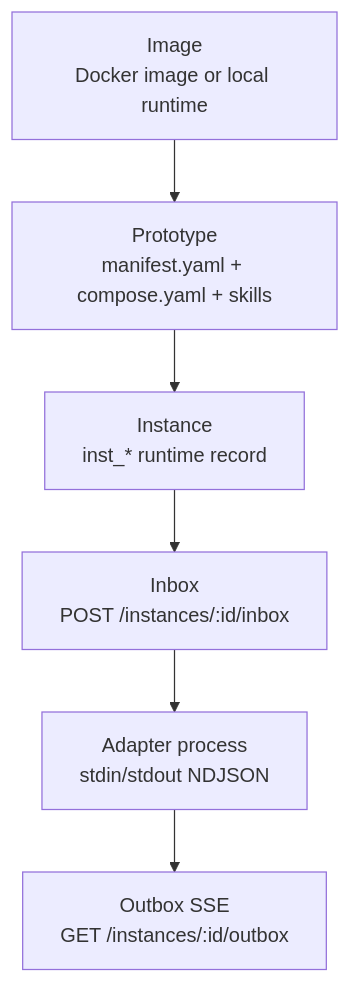
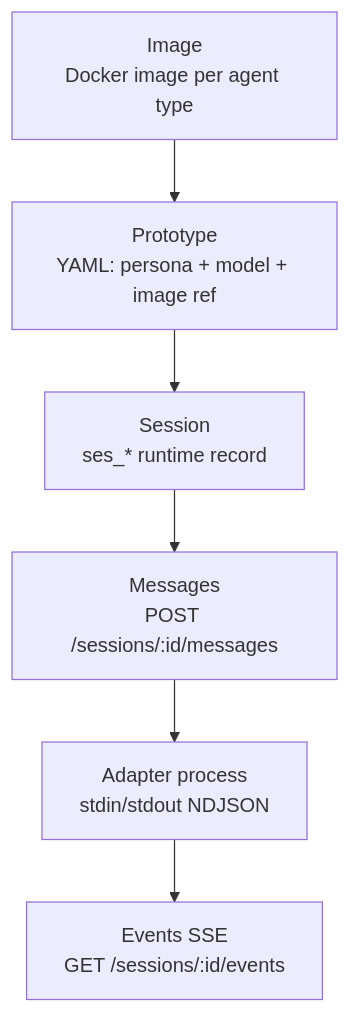
One commit to shazhou-ww/sumeru changed the first of 3 diagrams in cards/architecture-overview.md. Above: the diagram before and after it, drawn with Mermaid. The commit also changed other lines of this file and 16 other files, not shown here.

First line of the commit message:
docs(cards): update all architecture cards for V3 data model

````diff
--- a/cards/architecture-overview.md
+++ b/cards/architecture-overview.md
@@ -26,8 +26,8 @@
 ```mermaid
 flowchart TB
-  A[Image\nDocker image or local runtime] --> B[Prototype\nmanifest.yaml + compose.yaml + skills]
-  B --> C[Instance\ninst_* runtime record]
-  C --> D[Inbox\nPOST /instances/:id/inbox]
+  A[Image\nDocker image per agent type] --> B[Prototype\nYAML: persona + model + image ref]
+  B --> C[Session\nses_* runtime record]
+  C --> D[Messages\nPOST /sessions/:id/messages]
   D --> E[Adapter process\nstdin/stdout NDJSON]
-  E --> F[Outbox SSE\nGET /instances/:id/outbox]
+  E --> F[Events SSE\nGET /sessions/:id/events]
 ```
````
